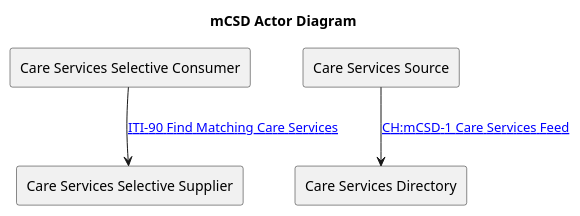
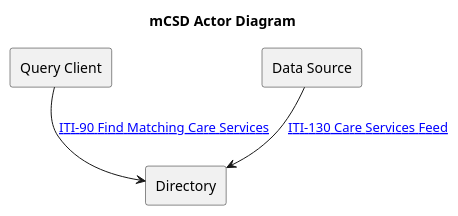
The diagram in input/images-source/mCSD_actor_diagram.plantuml (ehealthsuisse/ch-epr-fhir), drawn with PlantUML before and after one commit. The commit also changed 18 other files, not shown here.

```diff
--- a/input/images-source/mCSD_actor_diagram.plantuml
+++ b/input/images-source/mCSD_actor_diagram.plantuml
@@ -1,12 +1,11 @@
 @startuml
 ' https://github.com/IHE/ITI.mCSD/blob/main/input/images-source/ActorsAndTransactions.plantuml
 title mCSD Actor Diagram
-agent "Care Services Selective Supplier" as SelectiveSupplier
-agent "Care Services Selective Consumer" as SelectiveConsumer
-agent "Care Services Source" as Source
-agent "Care Services Directory" as Directory
+agent "Query Client" as QueryClient
+agent "Data Source" as DataSource
+agent "Directory" as Directory
 
-SelectiveConsumer -down-> SelectiveSupplier : "[[iti-90.html ITI-90 Find Matching Care Services]]"
-Source -down-> Directory : "[[ch-mcsd-1.html CH:mCSD-1 Care Services Feed]]"
+QueryClient -down-> Directory : "[[iti-90.html ITI-90 Find Matching Care Services]]"
+DataSource -down-> Directory : "[[iti-130.html ITI-130 Care Services Feed]]"
 
 @enduml
```
